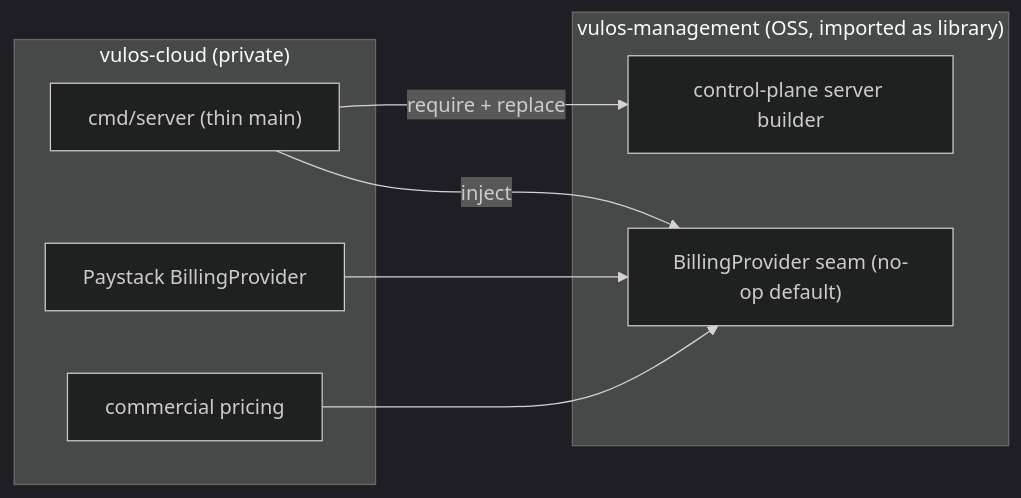
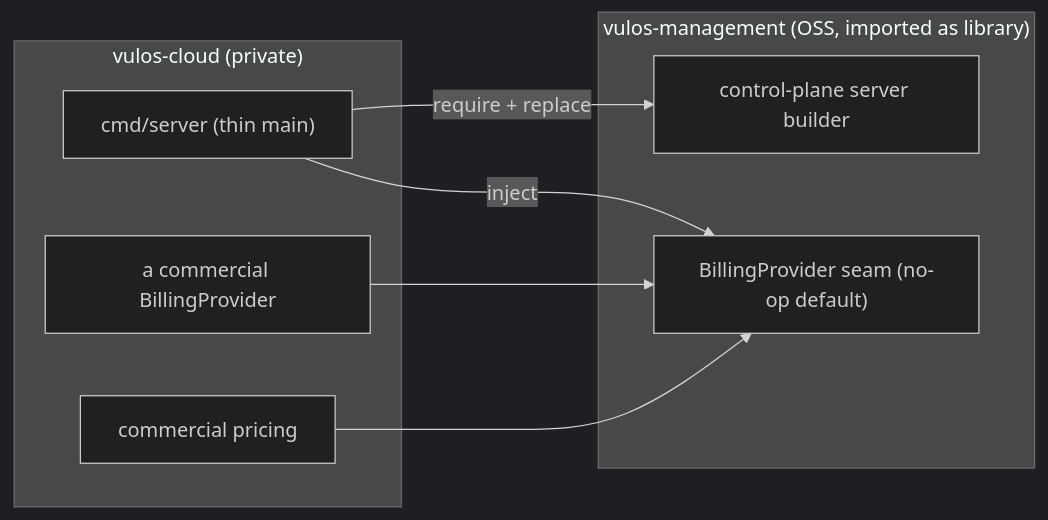
One commit to vul-os/vulos changed the diagram in docs/ARCHITECTURE.md. Above: the diagram before and after it, drawn with Mermaid (dark theme). The commit also changed other lines of this file and 3 other files, not shown here.

First line of the commit message:
docs: remove Paystack from OSS repo — billing seam is provider-agnostic

````diff
--- a/docs/ARCHITECTURE.md
+++ b/docs/ARCHITECTURE.md
@@ -127,16 +127,16 @@
 ```mermaid
 flowchart LR
     subgraph cloud["vulos-cloud (private)"]
         cmain["cmd/server (thin main)"]
-        pay["Paystack BillingProvider"]
+        pay["a commercial BillingProvider"]
         price["commercial pricing"]
     end
     subgraph mgmt["vulos-management (OSS, imported as library)"]
         srv["control-plane server builder"]
         seam["BillingProvider seam (no-op default)"]
     end
     cmain -->|require + replace| srv
     cmain -->|inject| seam
     pay --> seam
     price --> seam
 ```
````
